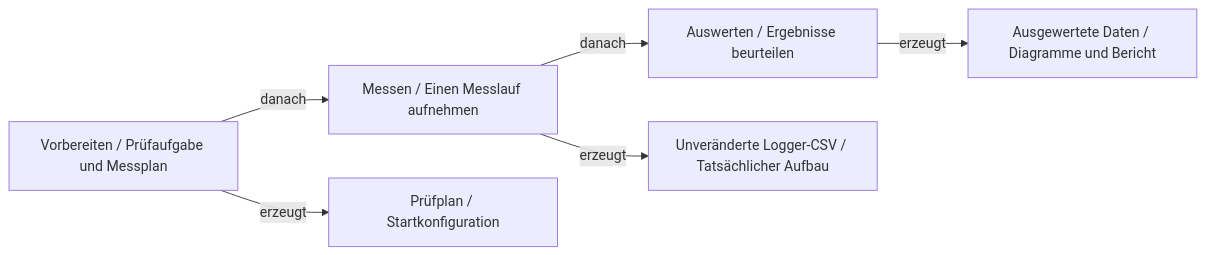
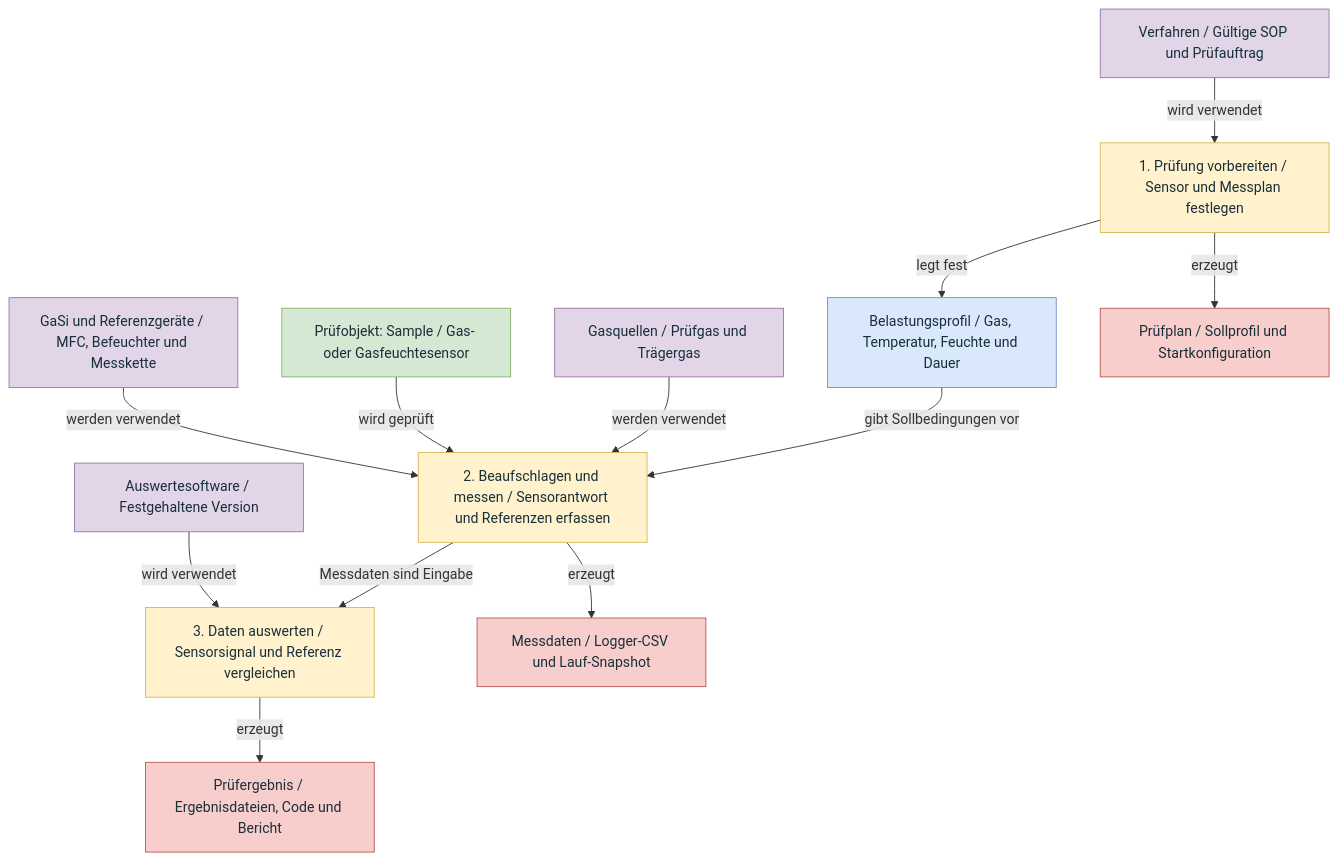
Before and after one commit to pneumann1980/gasi-openbis: the first of 4 diagrams in docs/GaSi_Konzeptmodell.md, drawn with Mermaid. The commit also changed other lines of this file and 24 other files, not shown here.

````diff
--- a/docs/GaSi_Konzeptmodell.md
+++ b/docs/GaSi_Konzeptmodell.md
@@ -13,9 +14,25 @@
 ```mermaid
-flowchart LR
+flowchart TD
     %% gasi-view: workflow
-    P[Vorbereiten / Prüfaufgabe und Messplan] -->|danach| M[Messen / Einen Messlauf aufnehmen]
-    M -->|danach| E[Auswerten / Ergebnisse beurteilen]
-    P -->|erzeugt| DP[Prüfplan / Startkonfiguration]
-    M -->|erzeugt| DM[Unveränderte Logger-CSV / Tatsächlicher Aufbau]
-    E -->|erzeugt| DE[Ausgewertete Daten / Diagramme und Bericht]
+    Q[Verfahren / Gültige SOP und Prüfauftrag] -->|wird verwendet| P[1. Prüfung vorbereiten / Sensor und Messplan festlegen]
+    P -->|legt fest| C[Belastungsprofil / Gas, Temperatur, Feuchte und Dauer]
+    C -->|gibt Sollbedingungen vor| M[2. Beaufschlagen und messen / Sensorantwort und Referenzen erfassen]
+    G[Gasquellen / Prüfgas und Trägergas] -->|werden verwendet| M
+    D[Prüfobjekt: Sample / Gas- oder Gasfeuchtesensor] -->|wird geprüft| M
+    I[GaSi und Referenzgeräte / MFC, Befeuchter und Messkette] -->|werden verwendet| M
+    M -->|Messdaten sind Eingabe| E[3. Daten auswerten / Sensorsignal und Referenz vergleichen]
+    W[Auswertesoftware / Festgehaltene Version] -->|wird verwendet| E
+    P -->|erzeugt| DP[Prüfplan / Sollprofil und Startkonfiguration]
+    M -->|erzeugt| DM[Messdaten / Logger-CSV und Lauf-Snapshot]
+    E -->|erzeugt| DE[Prüfergebnis / Ergebnisdateien, Code und Bericht]
+    classDef activity fill:#fff2cc,stroke:#d6b656,color:#172f3a
+    classDef sample fill:#d5e8d4,stroke:#82b366,color:#172f3a
+    classDef resource fill:#e1d5e7,stroke:#9673a6,color:#172f3a
+    classDef dataset fill:#f8cecc,stroke:#b85450,color:#172f3a
+    classDef conditions fill:#dae8fc,stroke:#6c8ebf,color:#172f3a
+    class P,M,E activity
+    class D sample
+    class Q,G,I,W resource
+    class DP,DM,DE dataset
+    class C conditions
 ```
````
